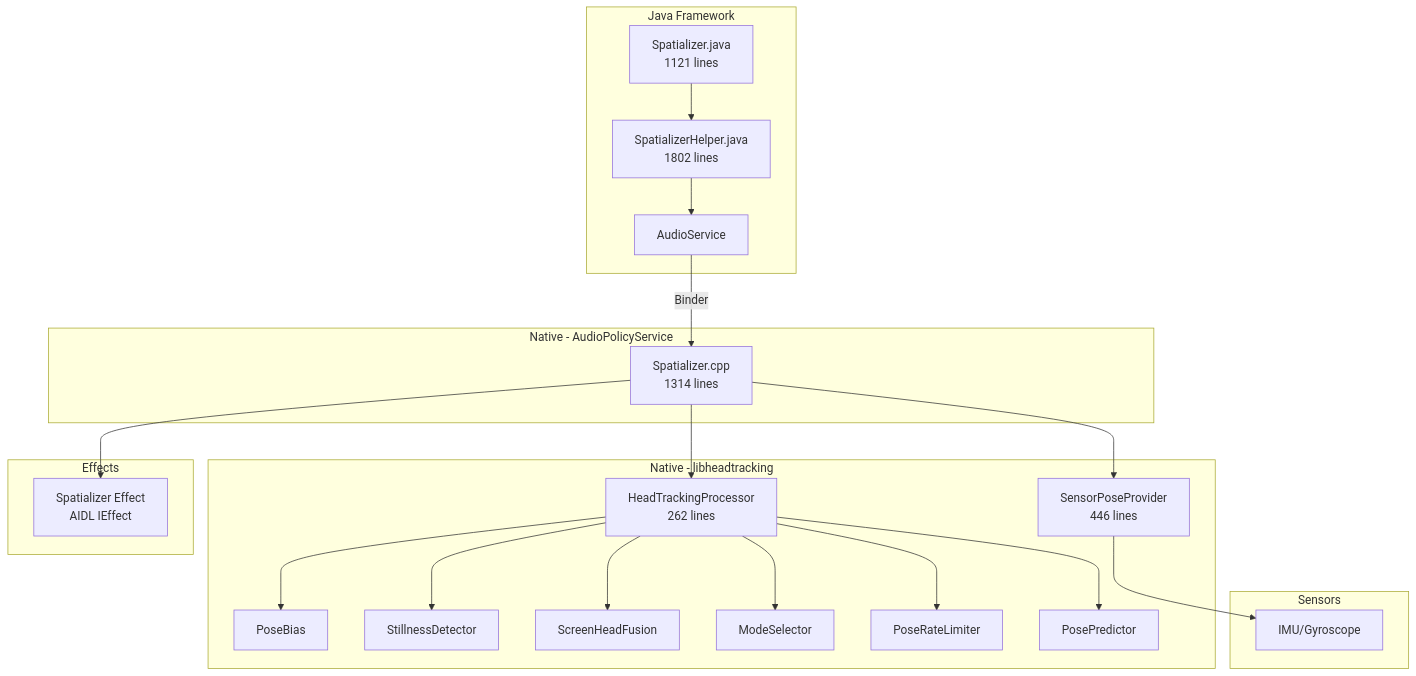
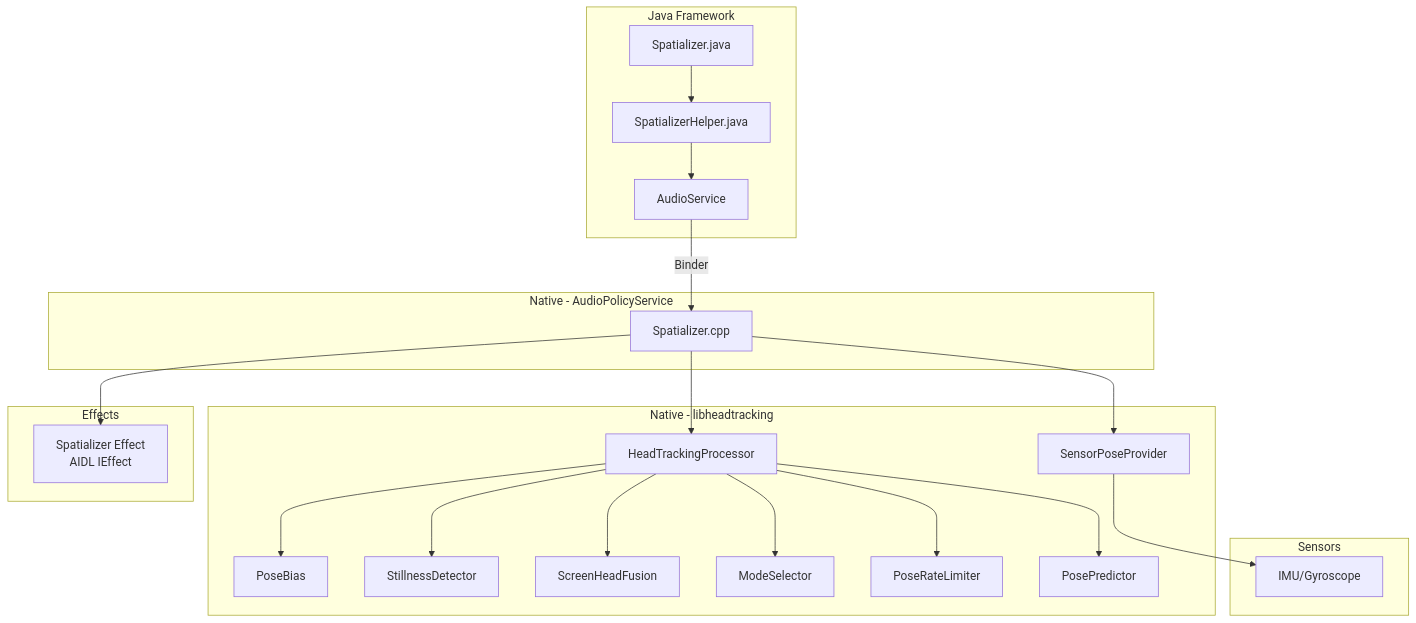
Diagram 15 of 25 in 15-audio-system.md (aospbooks/aosp-internal-book), drawn with Mermaid before and after one commit. The commit also changed other lines of this file, not shown here.

Commit message:
15-audio-system: drop line-count annotations from mermaid diagrams

````diff
--- a/15-audio-system.md
+++ b/15-audio-system.md
@@ -3068,45 +3068,45 @@
 ```mermaid
 graph TB
     subgraph "Java Framework"
-        SJ["Spatializer.java<br/>1121 lines"]
-        SH["SpatializerHelper.java<br/>1802 lines"]
+        SJ["Spatializer.java"]
+        SH["SpatializerHelper.java"]
         AS[AudioService]
     end
 
     subgraph "Native - AudioPolicyService"
-        SP["Spatializer.cpp<br/>1314 lines"]
+        SP["Spatializer.cpp"]
     end
 
     subgraph "Native - libheadtracking"
-        HTP["HeadTrackingProcessor<br/>262 lines"]
-        SPP["SensorPoseProvider<br/>446 lines"]
+        HTP["HeadTrackingProcessor"]
+        SPP["SensorPoseProvider"]
         PB[PoseBias]
         SD[StillnessDetector]
         SHF[ScreenHeadFusion]
         MS[ModeSelector]
         RL[PoseRateLimiter]
         PP[PosePredictor]
     end
 
     subgraph "Effects"
         SE["Spatializer Effect<br/>AIDL IEffect"]
     end
 
     subgraph "Sensors"
         IMU[IMU/Gyroscope]
     end
 
     SJ --> SH
     SH --> AS
     AS -->|Binder| SP
     SP --> HTP
     SP --> SPP
     SPP --> IMU
     HTP --> PB
     HTP --> SD
     HTP --> SHF
     HTP --> MS
     HTP --> RL
     HTP --> PP
     SP --> SE
 ```
````
